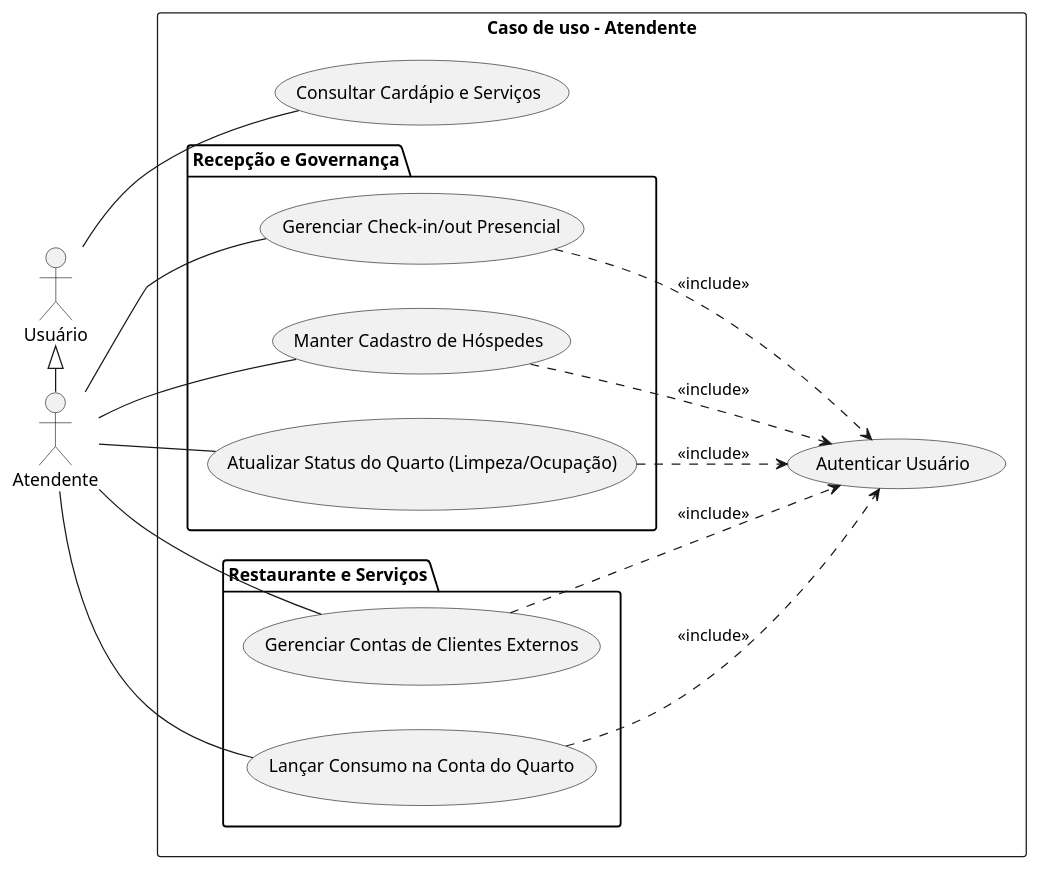
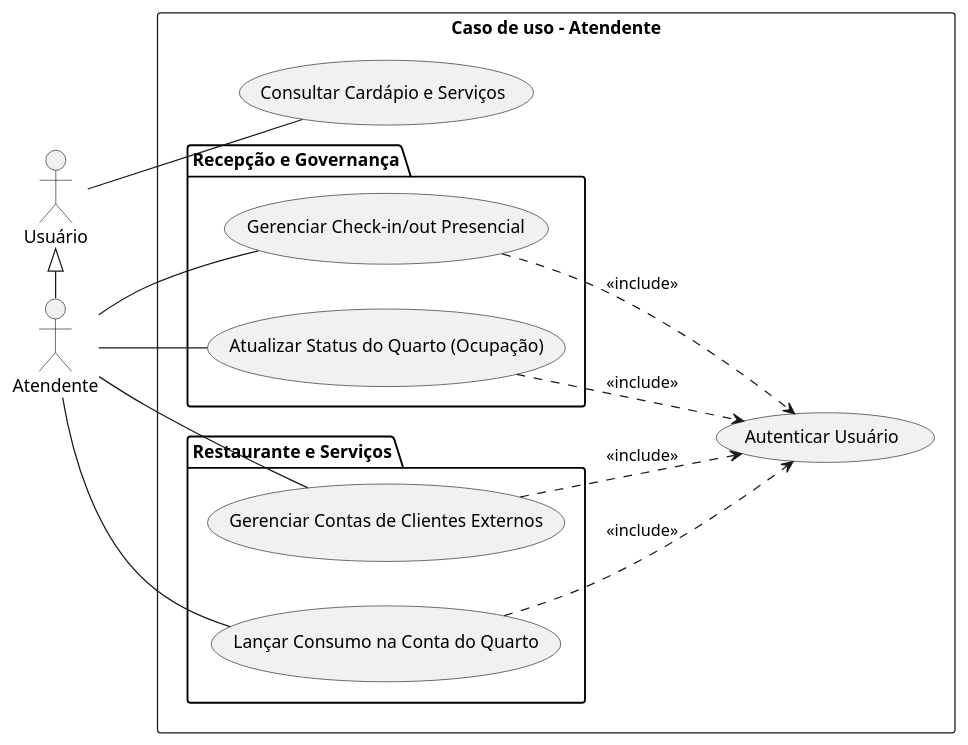
One commit to gusjjpv/serro-hotelaria changed the diagram in diagramas/UC4_atendente.iuml. Above: the diagram before and after it, drawn with PlantUML. The commit also changed 1 other file, not shown here.

```diff
--- a/diagramas/UC4_atendente.iuml
+++ b/diagramas/UC4_atendente.iuml
@@ -1,39 +1,36 @@
 @startuml
 left to right direction
 
 actor "Usuário" as usuario
 actor "Atendente" as atendente
 
 usuario <|-right- atendente
 
 rectangle "Caso de uso - Atendente" {
     usecase "Autenticar Usuário" as auth
     
     usecase "Consultar Cardápio e Serviços" as uc11
     
     package "Recepção e Governança" {
         usecase "Gerenciar Check-in/out Presencial" as uc07
-        usecase "Manter Cadastro de Hóspedes" as uc08
-        usecase "Atualizar Status do Quarto (Limpeza/Ocupação)" as uc10
+        usecase "Atualizar Status do Quarto (Ocupação)" as uc10
     }
 
     package "Restaurante e Serviços" {
         usecase "Lançar Consumo na Conta do Quarto" as uc09
         usecase "Gerenciar Contas de Clientes Externos" as uc12
     }
 
     usuario -right- uc11
 
     atendente -- uc07
-    atendente -- uc08
     atendente -- uc10
     atendente -- uc09
     atendente -- uc12
 
     uc07 ..> auth : <<include>>
-    uc08 ..> auth : <<include>>
     uc09 ..> auth : <<include>>
     uc10 ..> auth : <<include>>
     uc12 ..> auth : <<include>>
 }
 @enduml
```
